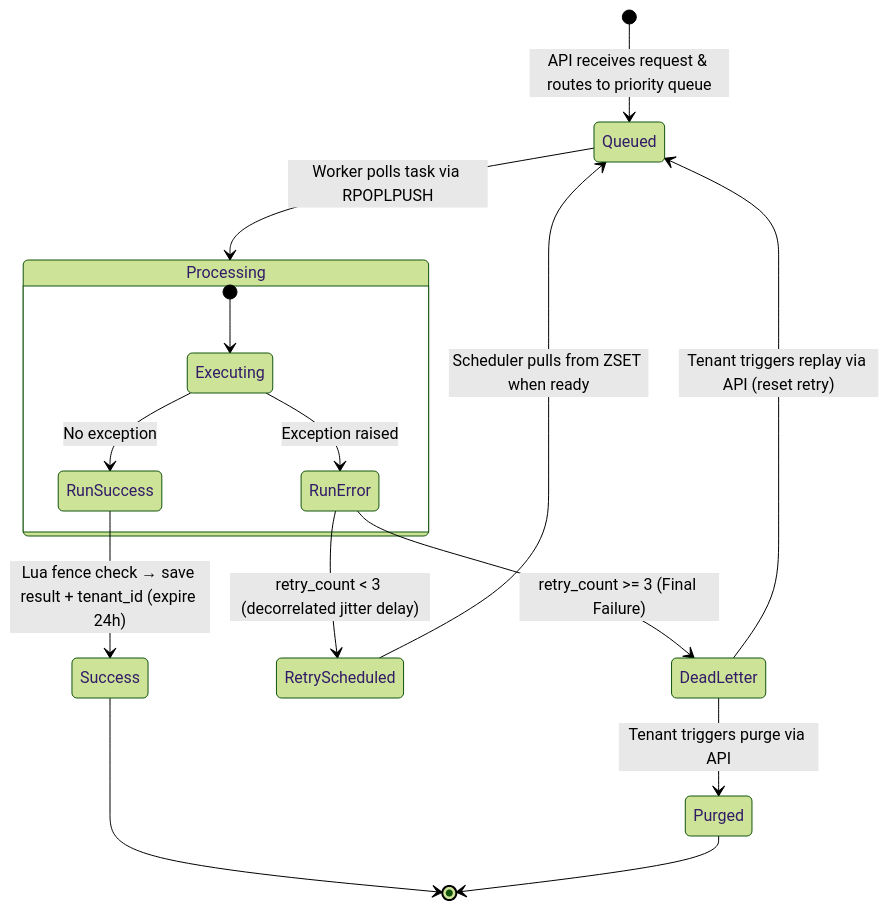
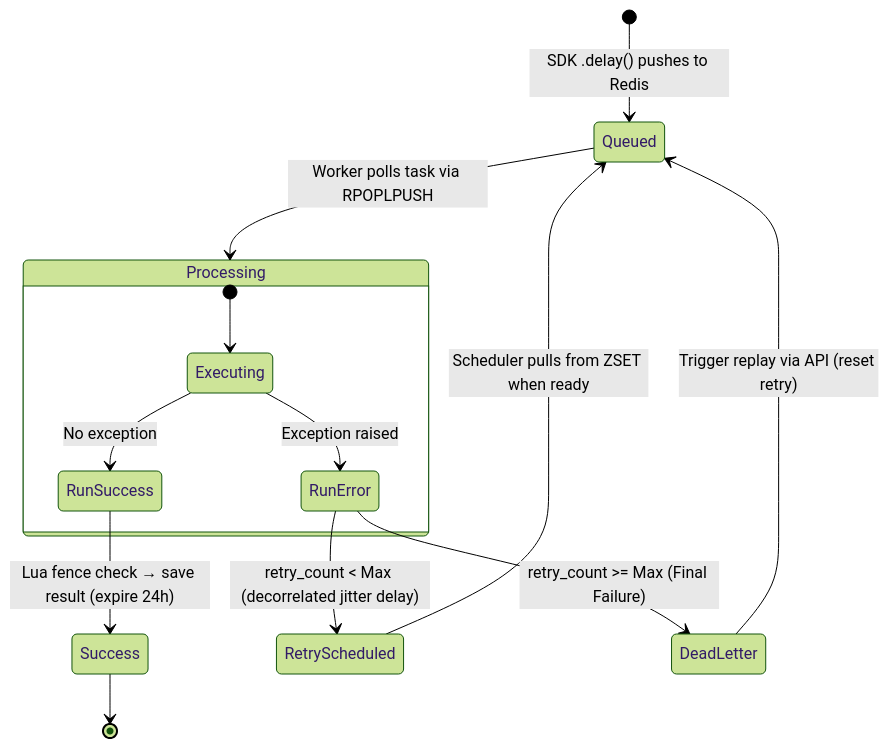
Before and after one commit to vrajpatelm/PyTaskQ: the diagram in docs/ARCHITECTURE.md, drawn with Mermaid (forest theme). The commit also changed other lines of this file and 43 other files, not shown here.

````diff
--- a/docs/ARCHITECTURE.md
+++ b/docs/ARCHITECTURE.md
@@ -82,22 +58,20 @@
 ```mermaid
 stateDiagram-v2
-    [*] --> Queued : API receives request & routes to priority queue
+    [*] --> Queued : SDK .delay() pushes to Redis
     Queued --> Processing : Worker polls task via RPOPLPUSH
 
     state Processing {
         [*] --> Executing
         Executing --> RunSuccess : No exception
         Executing --> RunError : Exception raised
     }
 
-    RunSuccess --> Success : Lua fence check → save result + tenant_id (expire 24h)
+    RunSuccess --> Success : Lua fence check → save result (expire 24h)
     Success --> [*]
 
-    RunError --> RetryScheduled : retry_count < 3 (decorrelated jitter delay)
-    RunError --> DeadLetter : retry_count >= 3 (Final Failure)
+    RunError --> RetryScheduled : retry_count < Max (decorrelated jitter delay)
+    RunError --> DeadLetter : retry_count >= Max (Final Failure)
 
     RetryScheduled --> Queued : Scheduler pulls from ZSET when ready
-    DeadLetter --> Queued : Tenant triggers replay via API (reset retry)
-    DeadLetter --> Purged : Tenant triggers purge via API
-    Purged --> [*]
+    DeadLetter --> Queued : Trigger replay via API (reset retry)
 ```
````
